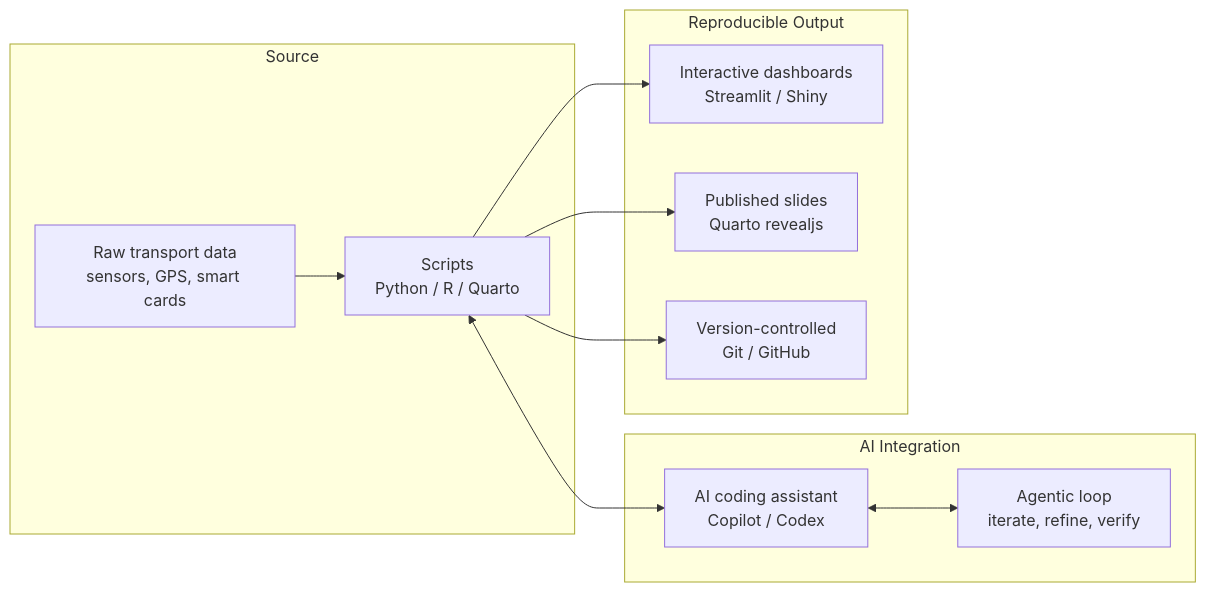
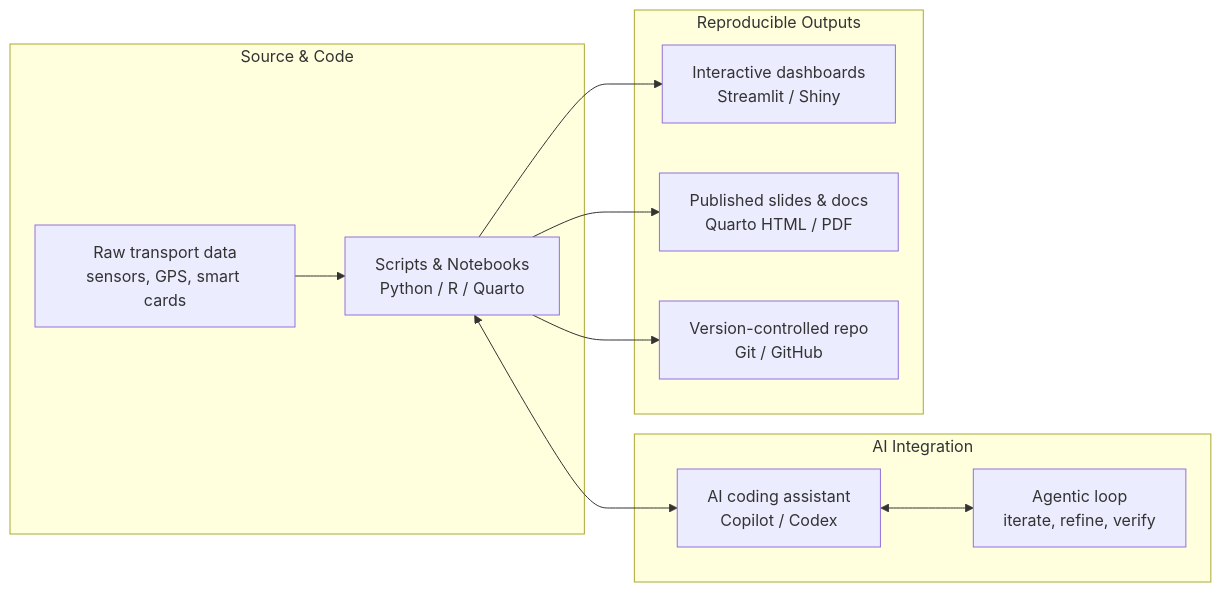
One commit to itsleeds/tdca changed the diagram in slides.qmd. Above: the diagram before and after it, drawn with Mermaid. The commit also changed other lines of this file and 1 other file, not shown here.

Commit message:
Fix slide overflow and polish revealjs HTML layout and Mermaid styling

````diff
--- a/slides.qmd
+++ b/slides.qmd
@@ -218,22 +219,22 @@
 ```{mermaid}
 flowchart LR
-  subgraph Source["Source"]
-    A[Raw transport data<br/>sensors, GPS, smart cards]
-    B[Scripts<br/>Python / R / Quarto]
+  subgraph Source["Source & Code"]
+    A["Raw transport data<br/>sensors, GPS, smart cards"]
+    B["Scripts & Notebooks<br/>Python / R / Quarto"]
   end
   subgraph AI_Layer["AI Integration"]
-    C[AI coding assistant<br/>Copilot / Codex]
-    D[Agentic loop<br/>iterate, refine, verify]
+    C["AI coding assistant<br/>Copilot / Codex"]
+    D["Agentic loop<br/>iterate, refine, verify"]
   end
-  subgraph Output["Reproducible Output"]
-    E[Interactive dashboards<br/>Streamlit / Shiny]
-    F[Published slides<br/>Quarto revealjs]
-    G[Version-controlled<br/>Git / GitHub]
+  subgraph Output["Reproducible Outputs"]
+    E["Interactive dashboards<br/>Streamlit / Shiny"]
+    F["Published slides & docs<br/>Quarto HTML / PDF"]
+    G["Version-controlled repo<br/>Git / GitHub"]
   end
   A --> B
   B <--> C
   C <--> D
   B --> E
   B --> F
   B --> G
 ```
````
